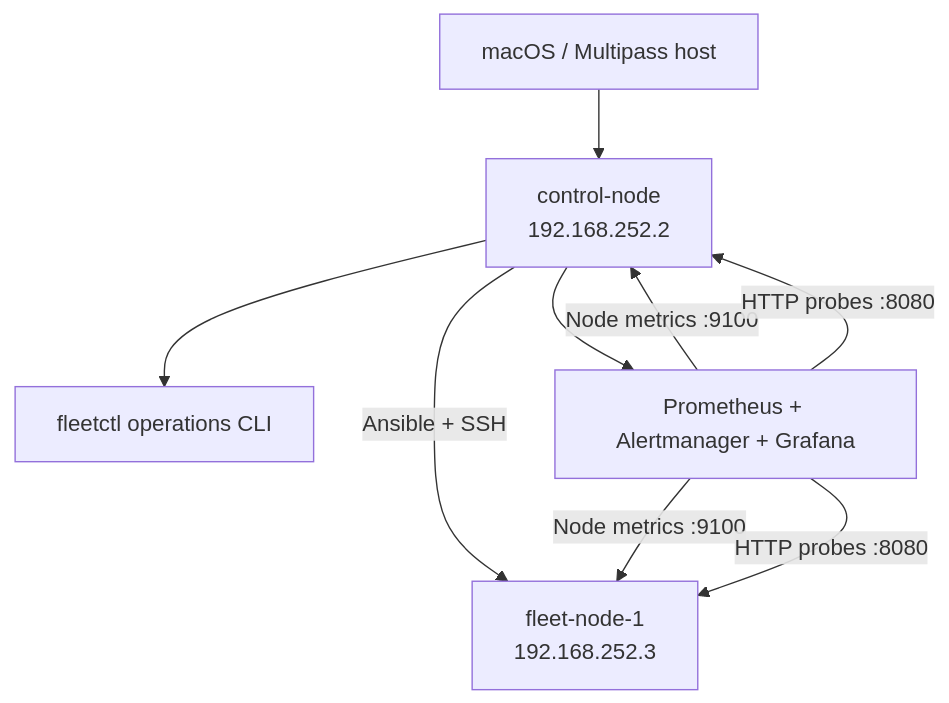
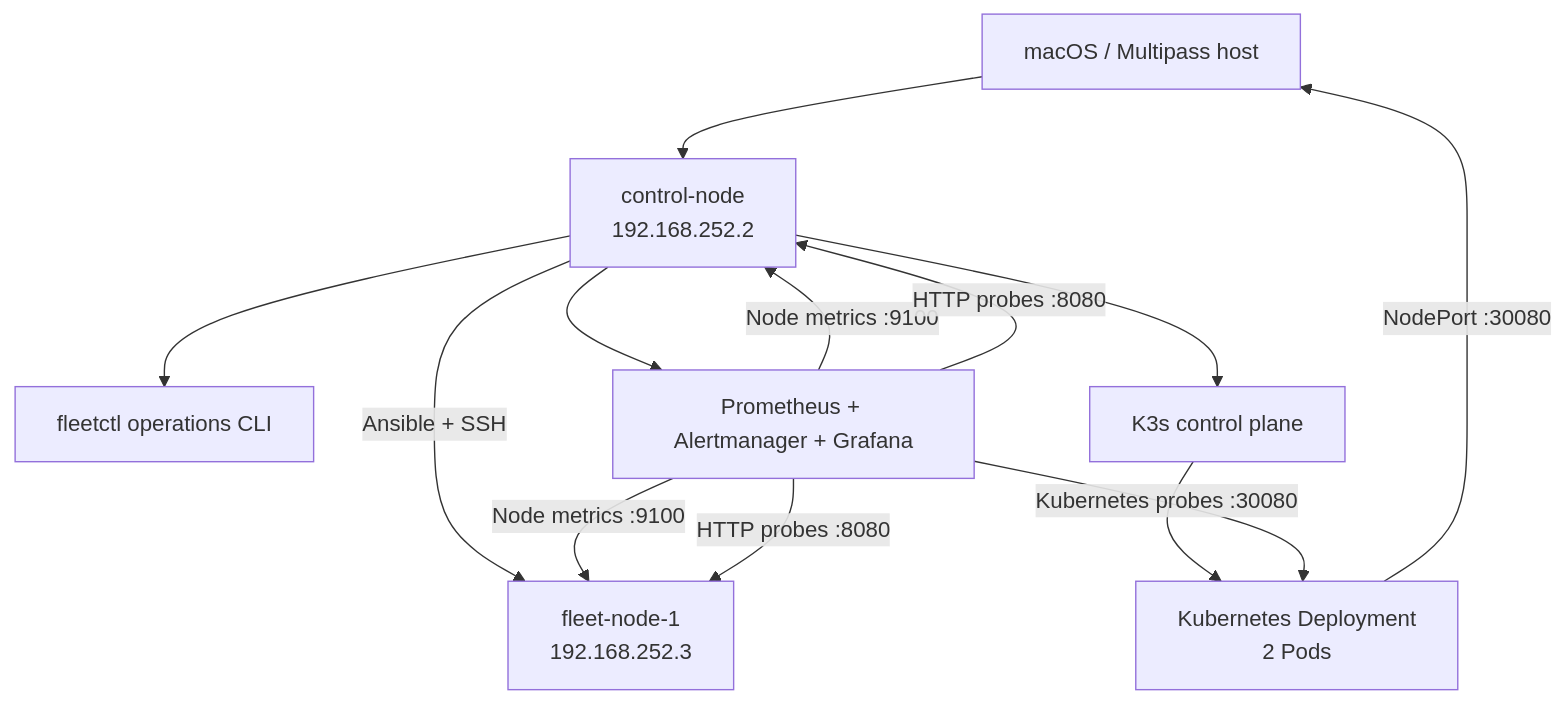
The diagram in README.md (OchirovAleks/linux-systems-reliability-lab), drawn with Mermaid before and after one commit. The commit also changed other lines of this file and 15 other files, not shown here.

Commit message:
Add two-node Kubernetes workload lab

````diff
--- a/README.md
+++ b/README.md
@@ -14,11 +14,15 @@
 ```mermaid
 flowchart TD
     Mac["macOS / Multipass host"] --> Control["control-node\n192.168.252.2"]
     Control -->|"Ansible + SSH"| Worker["fleet-node-1\n192.168.252.3"]
     Control --> Fleetctl["fleetctl operations CLI"]
     Control --> Monitoring["Prometheus + Alertmanager + Grafana"]
+    Control --> K3s["K3s control plane"]
+    K3s --> K8sWeb["Kubernetes Deployment\n2 Pods"]
+    K8sWeb -->|"NodePort :30080"| Mac
     Monitoring -->|"Node metrics :9100"| Control
     Monitoring -->|"Node metrics :9100"| Worker
     Monitoring -->|"HTTP probes :8080"| Control
     Monitoring -->|"HTTP probes :8080"| Worker
+    Monitoring -->|"Kubernetes probes :30080"| K8sWeb
 ```
````
